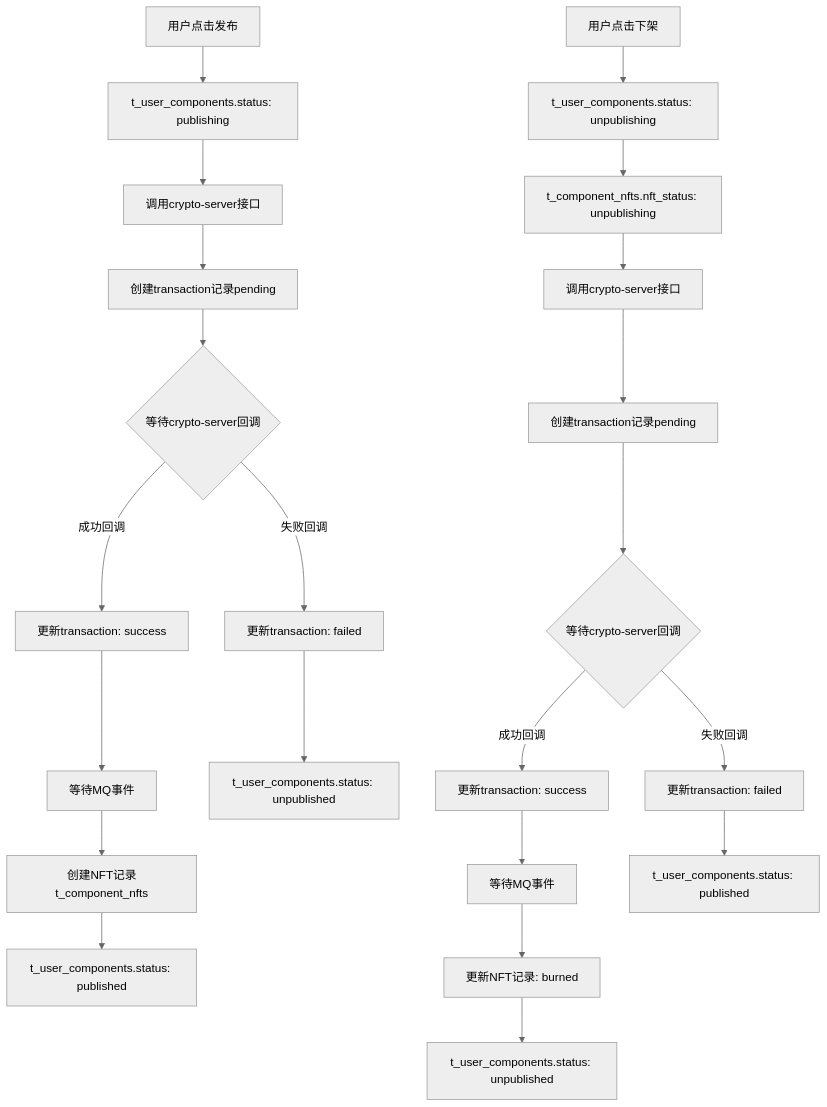
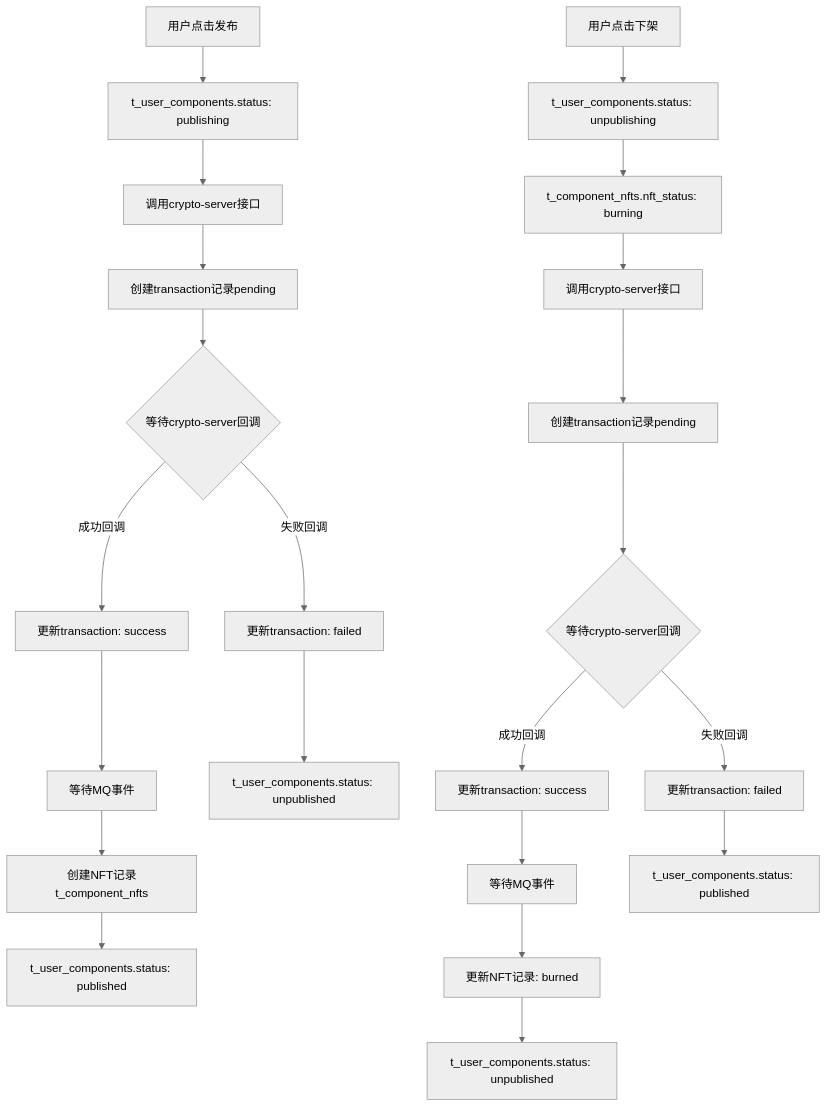
One commit to yingjianzh/iodraw-files changed the diagram in all/未命名-74.md. Above: the diagram before and after it, drawn with Mermaid (neutral theme).

Commit message:
2025-07-07 15:54:20 update

````diff
--- a/all/未命名-74.md
+++ b/all/未命名-74.md
@@ -1,31 +1,31 @@
 ```mermaid
 
 graph TD
     A[用户点击发布] --> B[t_user_components.status: publishing]
     B --> C[调用crypto-server接口]
     C --> D[创建transaction记录pending]
     D --> E{等待crypto-server回调}
     
     E -->|成功回调| F[更新transaction: success]
     F --> G[等待MQ事件]
     G --> H[创建NFT记录t_component_nfts]
     H --> I[t_user_components.status: published]
     
     E -->|失败回调| J[更新transaction: failed]
     J --> K[t_user_components.status: unpublished]
     
     L[用户点击下架] --> M[t_user_components.status: unpublishing]
-    M --> M1[t_component_nfts.nft_status: unpublishing]
+    M --> M1[t_component_nfts.nft_status: burning]
     M1 --> N[调用crypto-server接口]
     N --> O[创建transaction记录pending]
     O --> P{等待crypto-server回调}
     
     P -->|成功回调| Q[更新transaction: success]
     Q --> R[等待MQ事件]
     R --> S[更新NFT记录: burned]
     S --> T[t_user_components.status: unpublished]
     
     P -->|失败回调| U[更新transaction: failed]
     U --> V[t_user_components.status: published]
 
 ```
````
